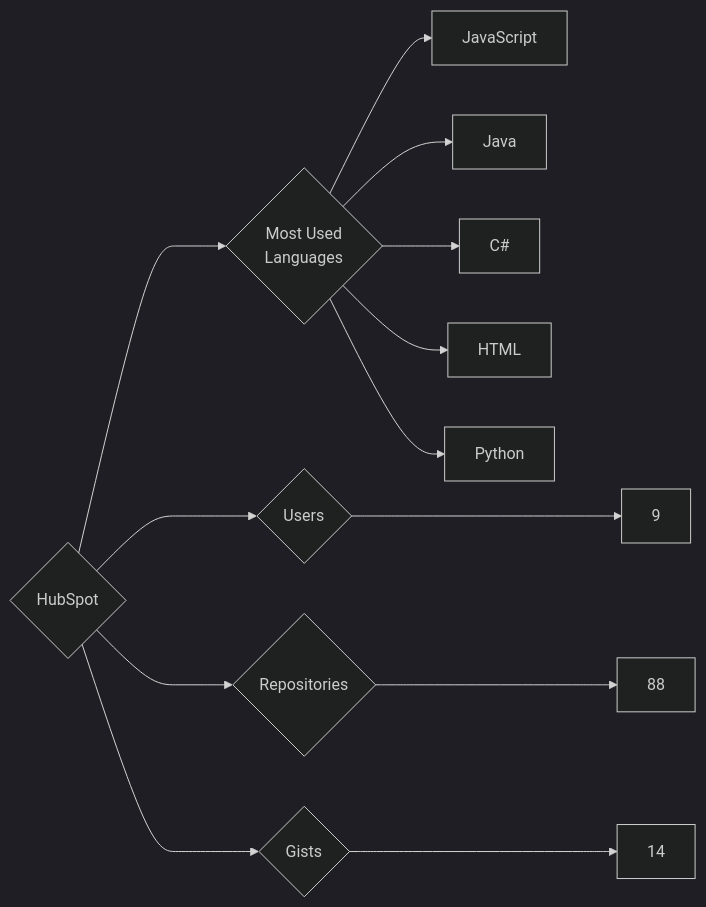
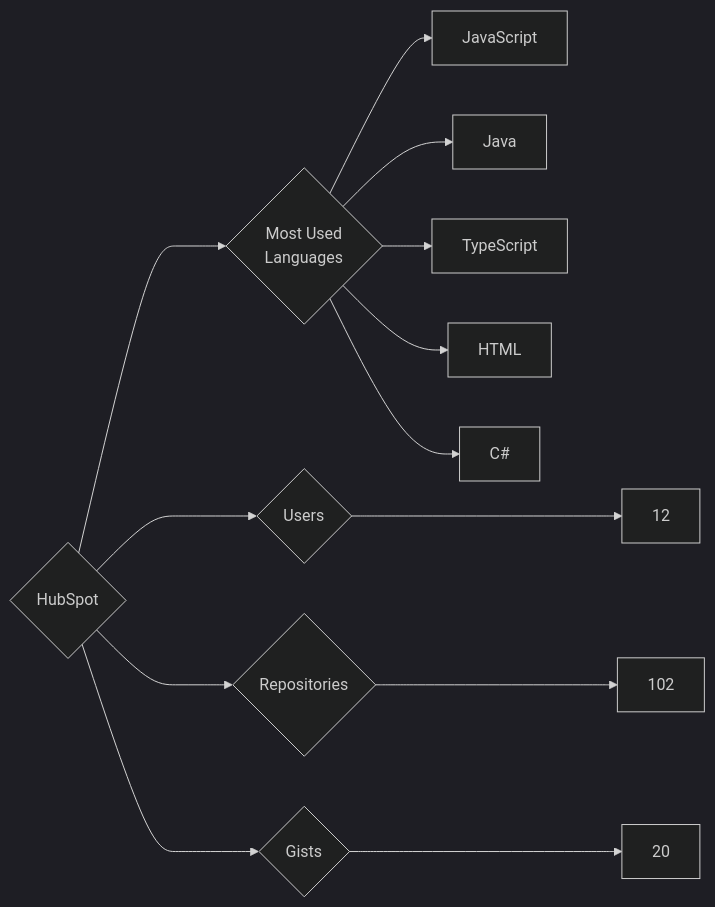
One commit to trickest/insiders changed the diagram in targets/HubSpot/README.md. Above: the diagram before and after it, drawn with Mermaid (dark theme). The commit also changed 1089 other files, not shown here.

````diff
--- a/targets/HubSpot/README.md
+++ b/targets/HubSpot/README.md
@@ -3,13 +3,13 @@
 ```mermaid
 graph LR
 COMPANY_NAME{HubSpot}
-COMPANY_NAME ---> U{Users} ---> UN[9]
-COMPANY_NAME ---> R{Repositories} ---> RN[88]
-COMPANY_NAME ---> G{Gists} ---> GN[14]
+COMPANY_NAME ---> U{Users} ---> UN[12]
+COMPANY_NAME ---> R{Repositories} ---> RN[102]
+COMPANY_NAME ---> G{Gists} ---> GN[20]
 COMPANY_NAME ---> ML{Most Used<br>Languages}
 ML --> JavaScript[JavaScript]
 ML --> Java[Java]
+ML --> TypeScript[TypeScript]
+ML --> HTML[HTML]
 ML --> C#[C#]
-ML --> HTML[HTML]
-ML --> Python[Python]
 ```
````
